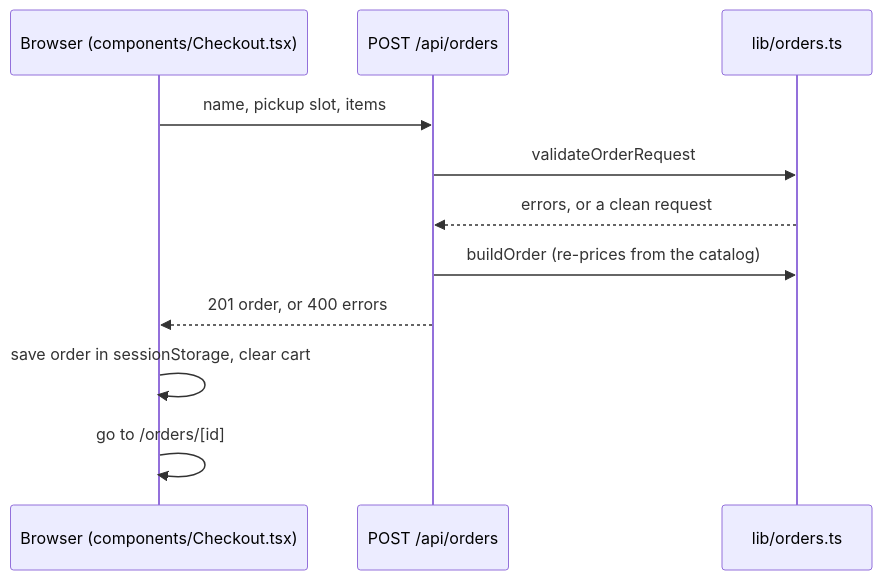
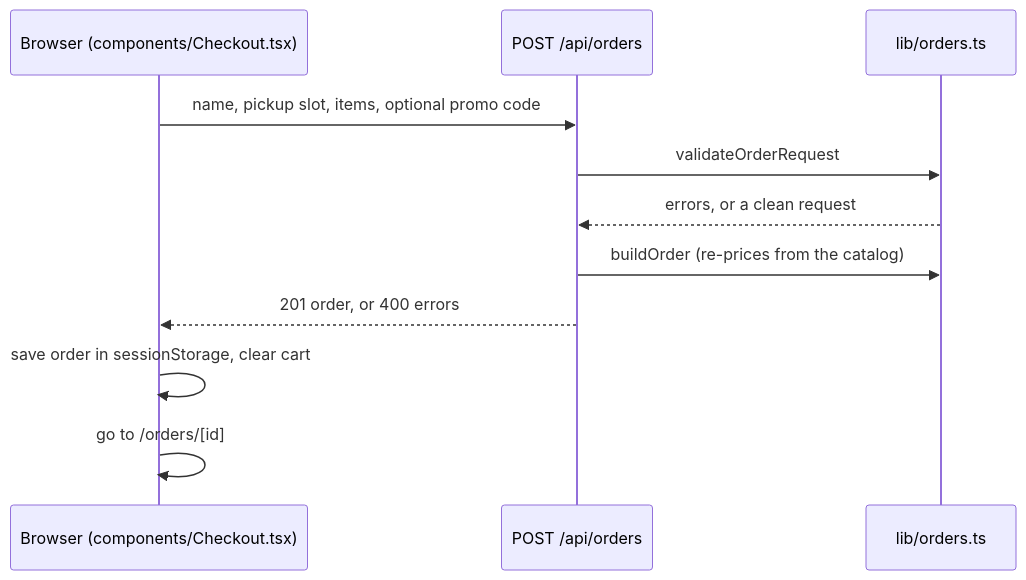
Before and after one commit to FactoryDemo/demo-storefront-practice: the second of 2 diagrams in docs/architecture.md, drawn with Mermaid. The commit also changed other lines of this file and 11 other files, not shown here.

````diff
--- a/docs/architecture.md
+++ b/docs/architecture.md
@@ -57,13 +62,13 @@
 ```mermaid
 sequenceDiagram
   participant B as Browser (components/Checkout.tsx)
   participant R as POST /api/orders
   participant O as lib/orders.ts
-  B->>R: name, pickup slot, items
+  B->>R: name, pickup slot, items, optional promo code
   R->>O: validateOrderRequest
   O-->>R: errors, or a clean request
   R->>O: buildOrder (re-prices from the catalog)
   R-->>B: 201 order, or 400 errors
   B->>B: save order in sessionStorage, clear cart
   B->>B: go to /orders/[id]
 ```
````
